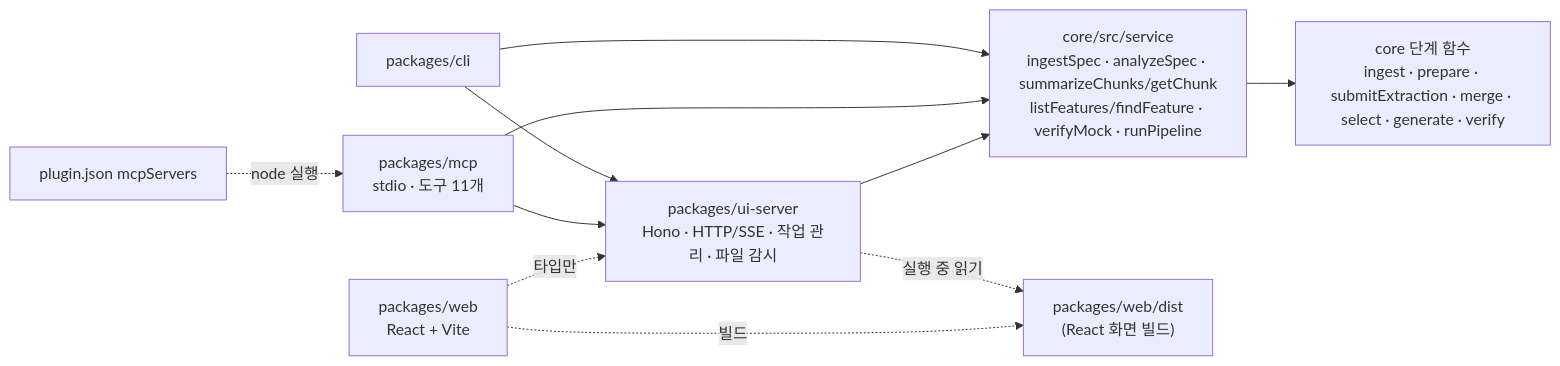
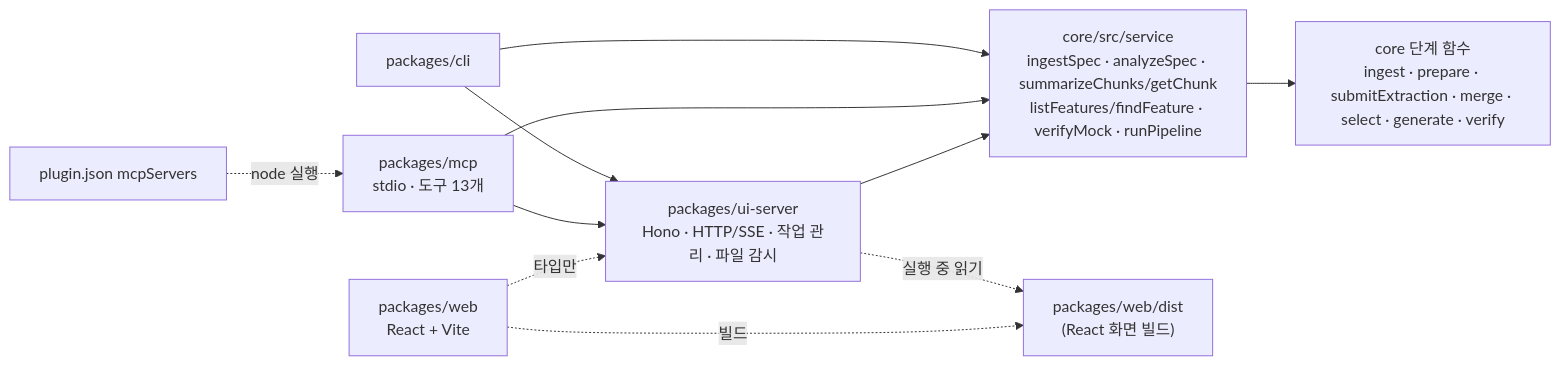
One commit to geonhos/specmock changed the third of 10 diagrams in docs/architecture.md. Above: the diagram before and after it, drawn with Mermaid. The commit also changed other lines of this file and 12 other files, not shown here.

````diff
--- a/docs/architecture.md
+++ b/docs/architecture.md
@@ -63,13 +63,13 @@
 ```mermaid
 flowchart LR
     CLI["packages/cli"] --> SVC["core/src/service<br/>ingestSpec · analyzeSpec · summarizeChunks/getChunk<br/>listFeatures/findFeature · verifyMock · runPipeline"]
-    MCP["packages/mcp<br/>stdio · 도구 11개"] --> SVC
+    MCP["packages/mcp<br/>stdio · 도구 13개"] --> SVC
     CLI --> UIS["packages/ui-server<br/>Hono · HTTP/SSE · 작업 관리 · 파일 감시"]
     MCP --> UIS
     UIS --> SVC
     UIS -. 실행 중 읽기 .-> WEBD["packages/web/dist<br/>(React 화면 빌드)"]
     WEB["packages/web<br/>React + Vite"] -. 타입만 .-> UIS
     WEB -. 빌드 .-> WEBD
     SVC --> CORE["core 단계 함수<br/>ingest · prepare · submitExtraction · merge · select · generate · verify"]
     PLUGIN["plugin.json mcpServers"] -. node 실행 .-> MCP
 ```
````
